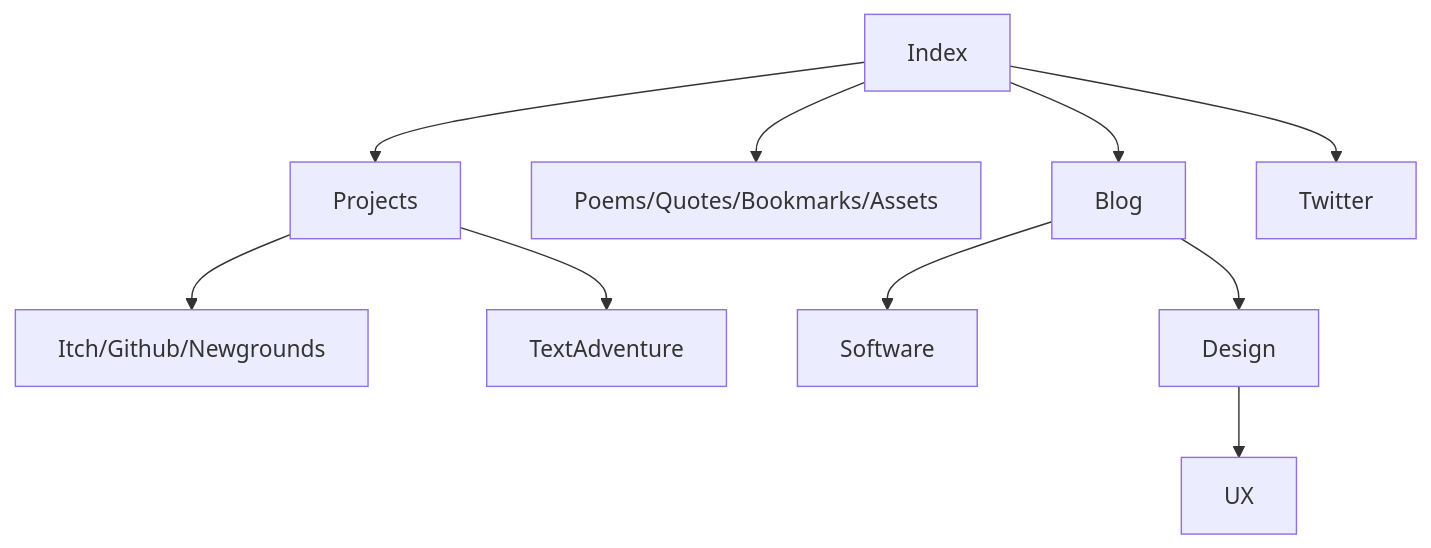
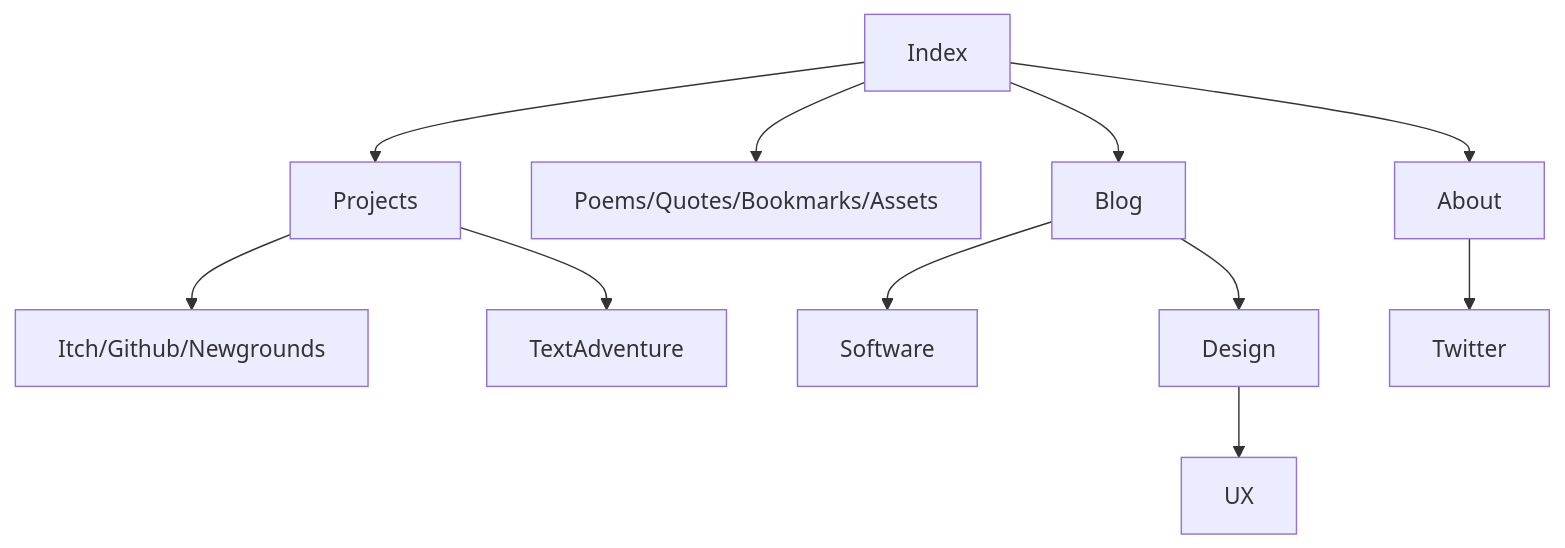
The diagram in README.md (boukew99/boukew99.github.io), drawn with Mermaid before and after one commit.

````diff
--- a/README.md
+++ b/README.md
@@ -7,12 +7,13 @@
 ```mermaid
 graph TD;
     Index-->Projects-->Itch/Github/Newgrounds; 
         Projects-->TextAdventure
   
     Index-->Poems/Quotes/Bookmarks/Assets;    
     Index-->Blog;
         Blog-->Software;
         Blog-->Design-->UX;
         
-    Index-->Twitter
+    Index-->About; About-->Twitter;
+
 ```
````
